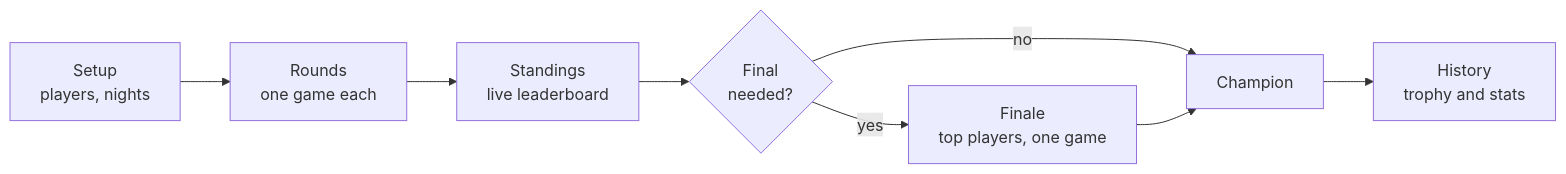
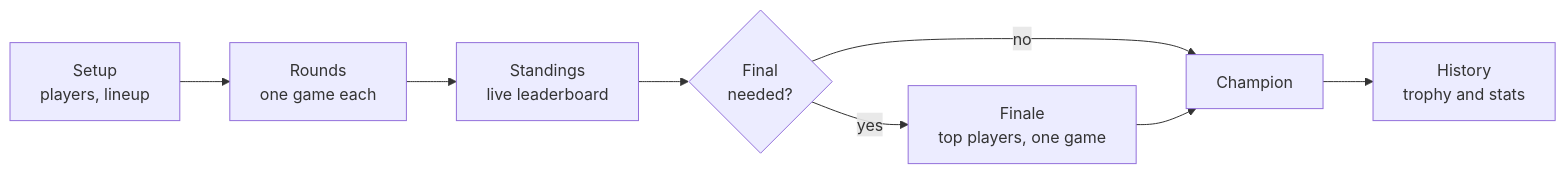
The first of 3 diagrams in README.md (xShawnRCL/game-night), drawn with Mermaid before and after one commit. The commit also changed other lines of this file and 2 other files, not shown here.

First line of the commit message:
Lineup-first setup: hours-based auto-pick, required names, history-based default, README refresh

````diff
--- a/README.md
+++ b/README.md
@@ -68,10 +68,10 @@
 ```mermaid
 flowchart LR
-    A[Setup<br/>players, nights] --> B[Rounds<br/>one game each]
+    A[Setup<br/>players, lineup] --> B[Rounds<br/>one game each]
     B --> C[Standings<br/>live leaderboard]
     C --> D{Final<br/>needed?}
     D -- yes --> E[Finale<br/>top players, one game]
     D -- no --> F[Champion]
     E --> F
     F --> G[History<br/>trophy and stats]
 ```
````
